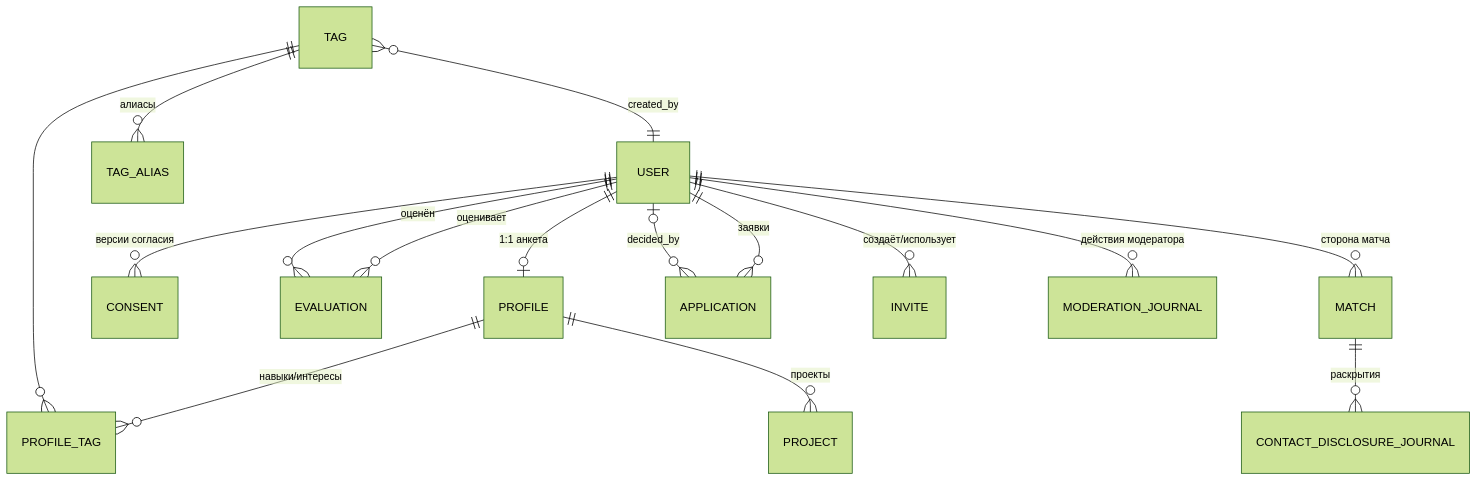
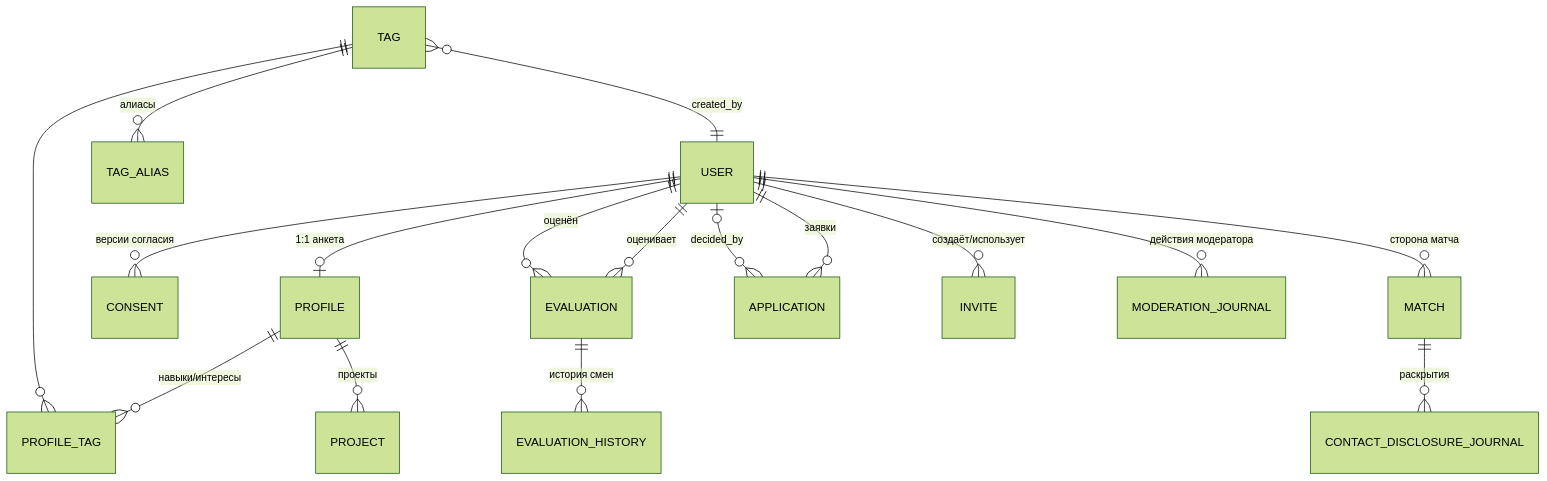
The diagram in docs/architecture/01-domain-model.md (dugarin/clubmatch), drawn with Mermaid (forest theme) before and after one commit. The commit also changed other lines of this file and 11 other files, not shown here.

````diff
--- a/docs/architecture/01-domain-model.md
+++ b/docs/architecture/01-domain-model.md
@@ -148,18 +161,19 @@
 ```mermaid
 erDiagram
     USER ||--o| PROFILE : "1:1 анкета"
     USER ||--o{ CONSENT : "версии согласия"
     PROFILE ||--o{ PROFILE_TAG : "навыки/интересы"
     TAG ||--o{ PROFILE_TAG : ""
     TAG ||--o{ TAG_ALIAS : "алиасы"
     PROFILE ||--o{ PROJECT : "проекты"
     USER ||--o{ EVALUATION : "оценивает"
     USER ||--o{ EVALUATION : "оценён"
+    EVALUATION ||--o{ EVALUATION_HISTORY : "история смен"
     USER ||--o{ MATCH : "сторона матча"
     MATCH ||--o{ CONTACT_DISCLOSURE_JOURNAL : "раскрытия"
     USER ||--o{ APPLICATION : "заявки"
     USER ||--o{ INVITE : "создаёт/использует"
     USER ||--o{ MODERATION_JOURNAL : "действия модератора"
     TAG }o--|| USER : "created_by"
     APPLICATION }o--o| USER : "decided_by"
 ```
````
